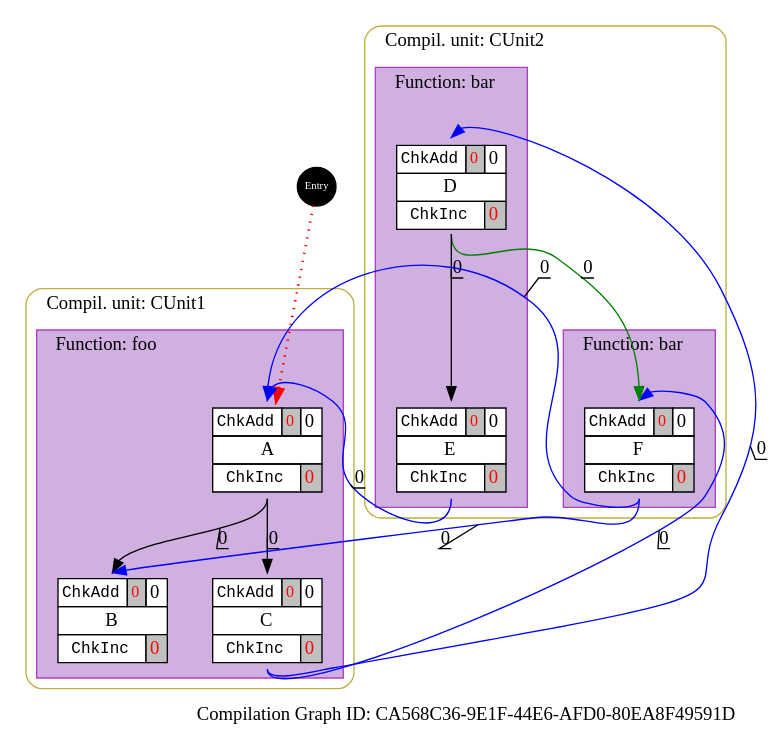
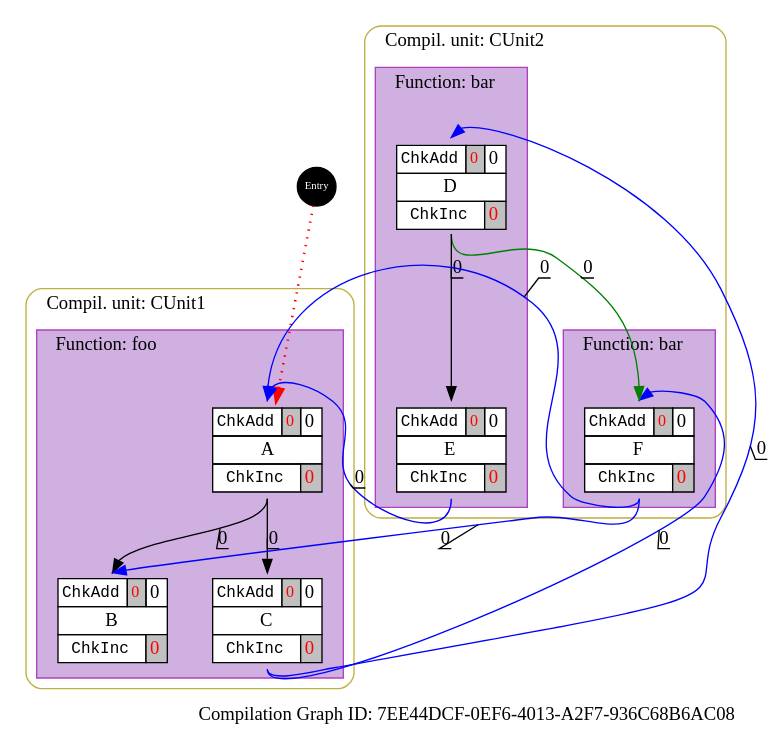
The diagram in test.dot (rcoscali/cpad_tool), drawn with Graphviz before and after one commit.

Commit message:
New graph for printing as support

```diff
--- a/test.dot
+++ b/test.dot
@@ -1,69 +1,69 @@
 digraph {
     node [shape=plaintext];
     clusterrank="local";
-    label="Compilation Graph ID: CA568C36-9E1F-44E6-AFD0-80EA8F49591D";
+    label="Compilation Graph ID: 7EE44DCF-0EF6-4013-A2F7-936C68B6AC08";
     labeljust=r;
     fontname="Terminus";
     comment="Entry point is in compilation unit 'CUnit1'";
     comment="and in function 'foo'";
     comment="and in basic_block 'A'";
     
     ENTRY [shape=circle,style=filled,fontcolor=white,color=black,fixedsize=true,fontsize=8,width=0.4,label="Entry"];
     
     subgraph "cluster_cunit_CUnit1" {
         label="Compil. unit: CUnit1";
         labeljust=l;
         pencolor="#C0AF40";
         style="rounded";
         penwidth=1;
         subgraph "cluster_func_foo" {
             style="filled";
             fillcolor="#CFB0E0";
             label="Function: foo";
             labeljust=l;
             pencolor="#AF40C0";
             penwidth=1;
             func_foo_A [label=<<TABLE BGCOLOR="white" BORDER="0" CELLBORDER="1" CELLSPACING="0"><TR><TD><FONT POINT-SIZE="12.0" FACE="Courier New">ChkAdd</FONT></TD><TD BGCOLOR="#c0c0c0" PORT="here"><FONT COLOR="red" POINT-SIZE="12.0">0</FONT></TD><TD>0</TD></TR><TR><TD COLSPAN="3">A</TD></TR><TR><TD COLSPAN="2"><FONT POINT-SIZE="12.0" FACE="Courier New,italic">ChkInc</FONT></TD><TD BGCOLOR="#c0c0c0"><FONT COLOR="red">0</FONT></TD></TR></TABLE>>];
             func_foo_B [label=<<TABLE BGCOLOR="white" BORDER="0" CELLBORDER="1" CELLSPACING="0"><TR><TD><FONT POINT-SIZE="12.0" FACE="Courier New">ChkAdd</FONT></TD><TD BGCOLOR="#c0c0c0" PORT="here"><FONT COLOR="red" POINT-SIZE="12.0">0</FONT></TD><TD>0</TD></TR><TR><TD COLSPAN="3">B</TD></TR><TR><TD COLSPAN="2"><FONT POINT-SIZE="12.0" FACE="Courier New,italic">ChkInc</FONT></TD><TD BGCOLOR="#c0c0c0"><FONT COLOR="red">0</FONT></TD></TR></TABLE>>];
             func_foo_C [label=<<TABLE BGCOLOR="white" BORDER="0" CELLBORDER="1" CELLSPACING="0"><TR><TD><FONT POINT-SIZE="12.0" FACE="Courier New">ChkAdd</FONT></TD><TD BGCOLOR="#c0c0c0" PORT="here"><FONT COLOR="red" POINT-SIZE="12.0">0</FONT></TD><TD>0</TD></TR><TR><TD COLSPAN="3">C</TD></TR><TR><TD COLSPAN="2"><FONT POINT-SIZE="12.0" FACE="Courier New,italic">ChkInc</FONT></TD><TD BGCOLOR="#c0c0c0"><FONT COLOR="red">0</FONT></TD></TR></TABLE>>];
             func_foo_A:s -> func_foo_B:n [fontname="Kinnari",color=black,weight=5,constraint=true,decorate=true,label="0"];
             func_foo_A:s -> func_foo_C:n [fontname="Kinnari",color=black,weight=5,constraint=true,decorate=true,label="0"];
         }
     }
     func_foo_C:s -> func_bar_D:n [fontname="Kinnari",color=blue,weight=5,constraint=true,decorate=true,label="0"];
     func_foo_C:s -> func_bar_F:n [fontname="Kinnari",color=blue,weight=5,constraint=true,decorate=true,label="0"];
     subgraph "cluster_cunit_CUnit2" {
         label="Compil. unit: CUnit2";
         labeljust=l;
         pencolor="#C0AF40";
         style="rounded";
         penwidth=1;
         subgraph "cluster_func_bar" {
             style="filled";
             fillcolor="#CFB0E0";
             label="Function: bar";
             labeljust=l;
             pencolor="#AF40C0";
             penwidth=1;
             func_bar_D [label=<<TABLE BGCOLOR="white" BORDER="0" CELLBORDER="1" CELLSPACING="0"><TR><TD><FONT POINT-SIZE="12.0" FACE="Courier New">ChkAdd</FONT></TD><TD BGCOLOR="#c0c0c0" PORT="here"><FONT COLOR="red" POINT-SIZE="12.0">0</FONT></TD><TD>0</TD></TR><TR><TD COLSPAN="3">D</TD></TR><TR><TD COLSPAN="2"><FONT POINT-SIZE="12.0" FACE="Courier New,italic">ChkInc</FONT></TD><TD BGCOLOR="#c0c0c0"><FONT COLOR="red">0</FONT></TD></TR></TABLE>>];
             func_bar_E [label=<<TABLE BGCOLOR="white" BORDER="0" CELLBORDER="1" CELLSPACING="0"><TR><TD><FONT POINT-SIZE="12.0" FACE="Courier New">ChkAdd</FONT></TD><TD BGCOLOR="#c0c0c0" PORT="here"><FONT COLOR="red" POINT-SIZE="12.0">0</FONT></TD><TD>0</TD></TR><TR><TD COLSPAN="3">E</TD></TR><TR><TD COLSPAN="2"><FONT POINT-SIZE="12.0" FACE="Courier New,italic">ChkInc</FONT></TD><TD BGCOLOR="#c0c0c0"><FONT COLOR="red">0</FONT></TD></TR></TABLE>>];
             func_bar_D:s -> func_bar_E:n [fontname="Kinnari",color=black,weight=5,constraint=true,decorate=true,label="0"];
         }
         func_bar_D:s -> func_bar_F:n [fontname="Kinnari",color=green,weight=5,constraint=true,decorate=true,label="0"];
-        subgraph "cluster_func_bar (566130139)" {
+        subgraph "cluster_func_bar (1566028015)" {
             style="filled";
             fillcolor="#CFB0E0";
             label="Function: bar";
             labeljust=l;
             pencolor="#AF40C0";
             penwidth=1;
             func_bar_F [label=<<TABLE BGCOLOR="white" BORDER="0" CELLBORDER="1" CELLSPACING="0"><TR><TD><FONT POINT-SIZE="12.0" FACE="Courier New">ChkAdd</FONT></TD><TD BGCOLOR="#c0c0c0" PORT="here"><FONT COLOR="red" POINT-SIZE="12.0">0</FONT></TD><TD>0</TD></TR><TR><TD COLSPAN="3">F</TD></TR><TR><TD COLSPAN="2"><FONT POINT-SIZE="12.0" FACE="Courier New,italic">ChkInc</FONT></TD><TD BGCOLOR="#c0c0c0"><FONT COLOR="red">0</FONT></TD></TR></TABLE>>];
         }
     }
     func_bar_E:s -> func_foo_A:n [fontname="Kinnari",color=blue,weight=5,constraint=true,decorate=true,label="0"];
     func_bar_F:s -> func_foo_B:n [fontname="Kinnari",color=blue,weight=5,constraint=true,decorate=true,label="0"];
     func_bar_F:s -> func_foo_A:n [fontname="Kinnari",color=blue,weight=5,constraint=true,decorate=true,label="0"];
     
     ENTRY -> func_foo_A[style="dotted,bold",color=red,weight=3,constraint=false,decorate=false];
     
 }
```
